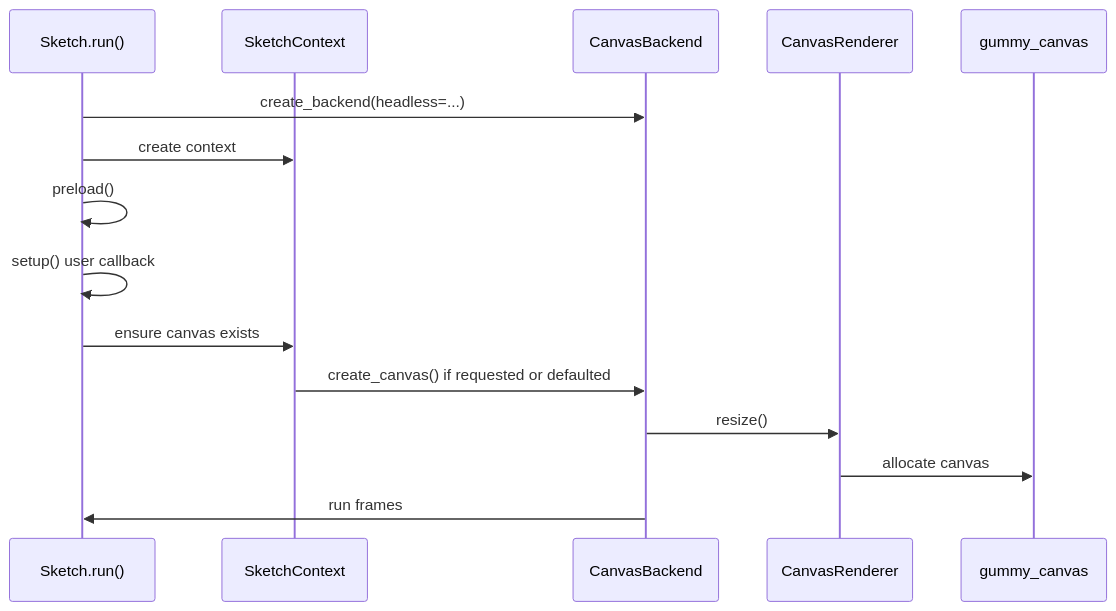
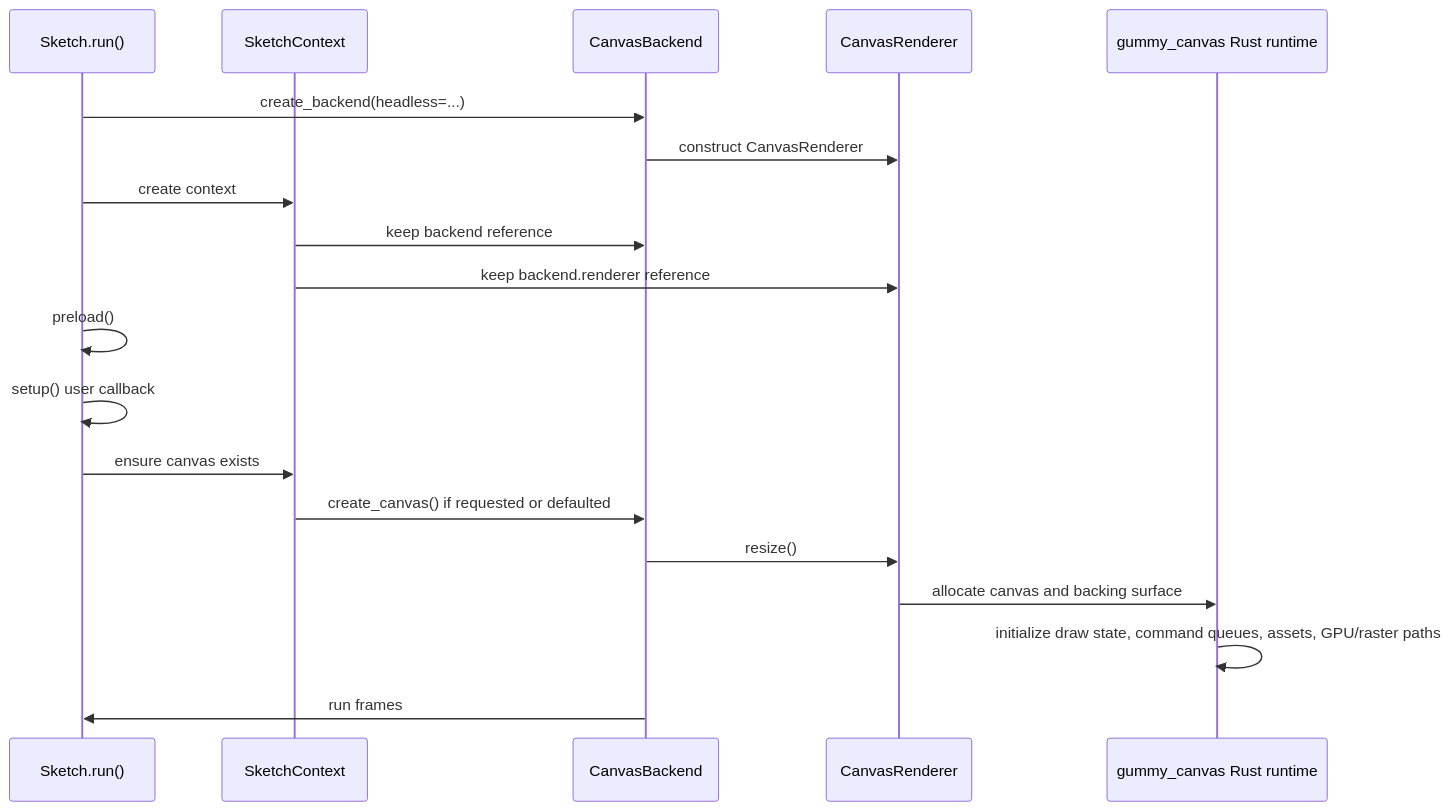
One commit to JonathanHHenson/gummy_snake changed the first of 4 diagrams in docs/contribute/runtime.md. Above: the diagram before and after it, drawn with Mermaid. The commit also changed 4 other files, not shown here.

Commit message:
Clarify runtime and adapter architecture docs

````diff
--- a/docs/contribute/runtime.md
+++ b/docs/contribute/runtime.md
@@ -11,18 +11,22 @@
 ```mermaid
 sequenceDiagram
     participant S as Sketch.run()
     participant C as SketchContext
     participant B as CanvasBackend
     participant R as CanvasRenderer
-    participant X as gummy_canvas
+    participant X as gummy_canvas Rust runtime
 
     S->>B: create_backend(headless=...)
+    B->>R: construct CanvasRenderer
     S->>C: create context
+    C->>B: keep backend reference
+    C->>R: keep backend.renderer reference
     S->>S: preload()
     S->>S: setup() user callback
     S->>C: ensure canvas exists
     C->>B: create_canvas() if requested or defaulted
     B->>R: resize()
-    R->>X: allocate canvas
+    R->>X: allocate canvas and backing surface
+    X->>X: initialize draw state, command queues, assets, GPU/raster paths
     B->>S: run frames
 ```
````
